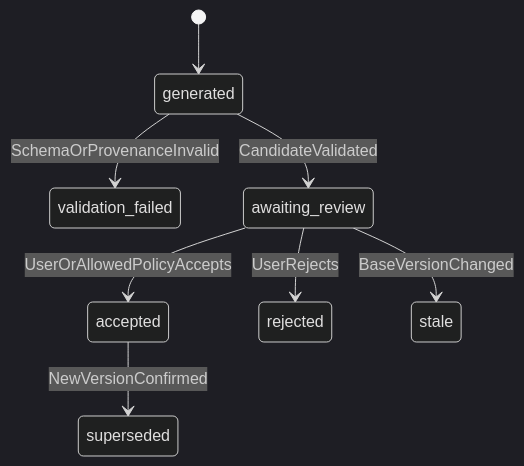
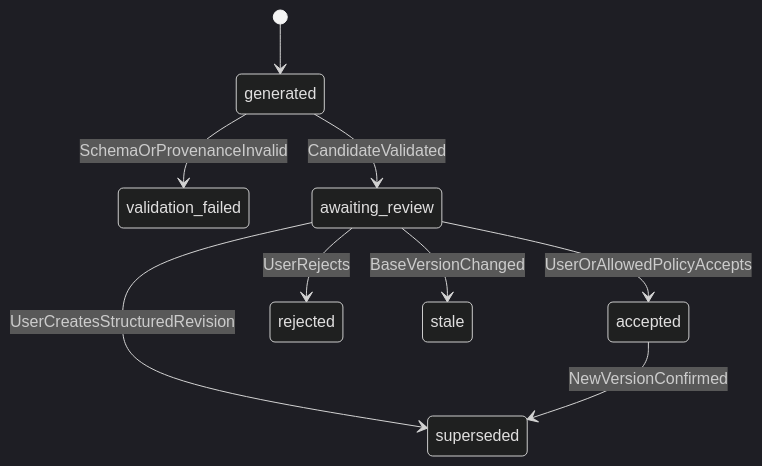
The third of 3 diagrams in docs/V2_CREATION_CENTER_DESIGN.md (2587122824/agency-agents-zh), drawn with Mermaid (dark theme) before and after one commit. The commit also changed other lines of this file and 22 other files, not shown here.

````diff
--- a/docs/V2_CREATION_CENTER_DESIGN.md
+++ b/docs/V2_CREATION_CENTER_DESIGN.md
@@ -318,10 +318,11 @@
 ```mermaid
 stateDiagram-v2
     [*] --> generated
     generated --> validation_failed: SchemaOrProvenanceInvalid
     generated --> awaiting_review: CandidateValidated
     awaiting_review --> accepted: UserOrAllowedPolicyAccepts
     awaiting_review --> rejected: UserRejects
     awaiting_review --> stale: BaseVersionChanged
+    awaiting_review --> superseded: UserCreatesStructuredRevision
     accepted --> superseded: NewVersionConfirmed
 ```
````
